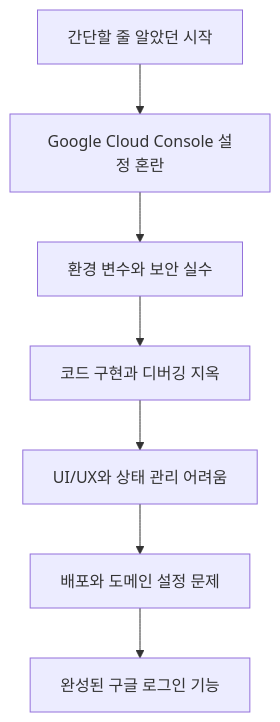
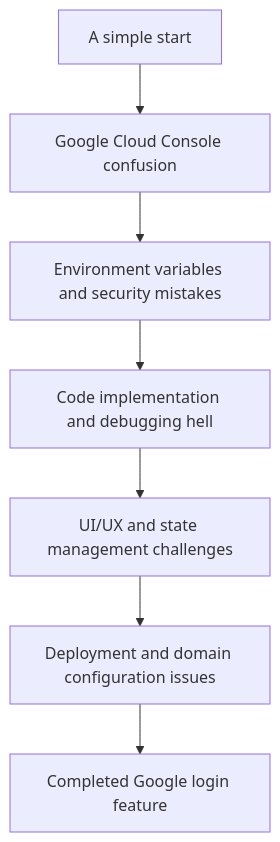
One commit to wintrover/blog changed the diagram in _posts/2025-07-18-5.md. Above: the diagram before and after it, drawn with Mermaid. The commit also changed other lines of this file, not shown here.

````diff
--- a/_posts/2025-07-18-5.md
+++ b/_posts/2025-07-18-5.md
@@ -259,9 +259,9 @@
 ```mermaid
 graph TD
-    A[간단할 줄 알았던 시작] --> B[Google Cloud Console 설정 혼란]
-    B --> C[환경 변수와 보안 실수]
-    C --> D[코드 구현과 디버깅 지옥]
-    D --> E[UI/UX와 상태 관리 어려움]
-    E --> F[배포와 도메인 설정 문제]
-    F --> G[완성된 구글 로그인 기능]
+    A[A simple start] --> B[Google Cloud Console confusion]
+    B --> C[Environment variables and security mistakes]
+    C --> D[Code implementation and debugging hell]
+    D --> E[UI/UX and state management challenges]
+    E --> F[Deployment and domain configuration issues]
+    F --> G[Completed Google login feature]
 ```
````
